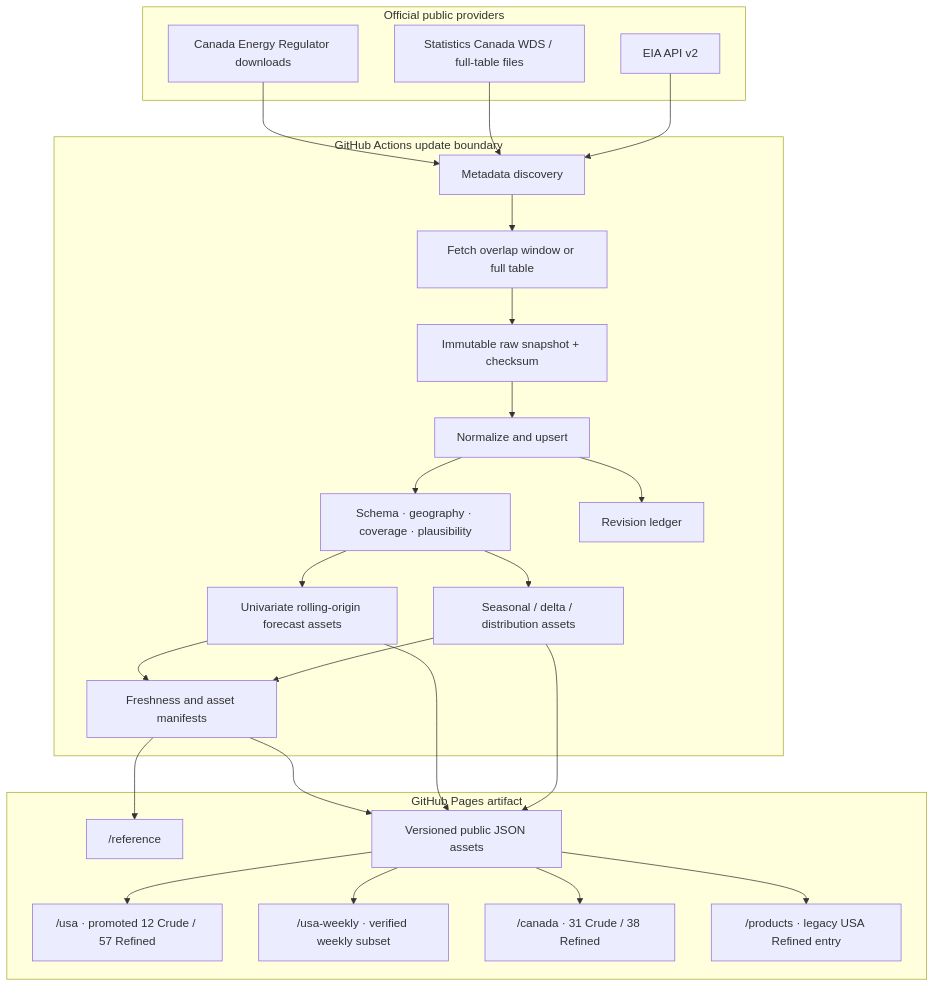
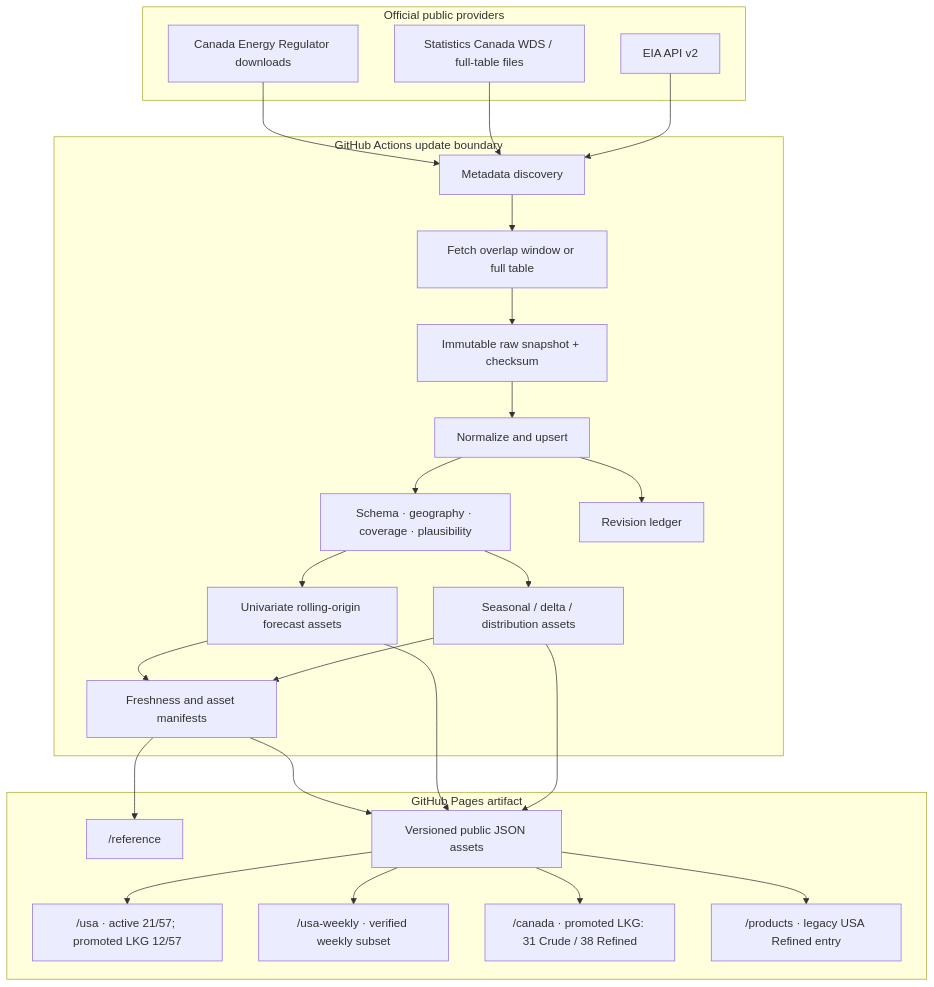
One commit to Aftikharmnz/USA_Canada_public_data_oil_and_gas_01 changed the diagram in docs/architecture.md. Above: the diagram before and after it, drawn with Mermaid. The commit also changed other lines of this file and 79 other files, not shown here.

````diff
--- a/docs/architecture.md
+++ b/docs/architecture.md
@@ -15,44 +23,44 @@
 ```mermaid
 flowchart TB
     subgraph Upstream["Official public providers"]
       EIA["EIA API v2"]
       STC["Statistics Canada WDS / full-table files"]
       CER["Canada Energy Regulator downloads"]
     end
 
     subgraph Update["GitHub Actions update boundary"]
       Discover["Metadata discovery"]
       Fetch["Fetch overlap window or full table"]
       Raw["Immutable raw snapshot + checksum"]
       Canon["Normalize and upsert"]
       Validate["Schema · geography · coverage · plausibility"]
       Rev["Revision ledger"]
       Derive["Seasonal / delta / distribution assets"]
       Forecast["Univariate rolling-origin forecast assets"]
       Manifest["Freshness and asset manifests"]
     end
 
     subgraph Static["GitHub Pages artifact"]
-      USA["/usa · promoted 12 Crude / 57 Refined"]
+      USA["/usa · active 21/57; promoted LKG 12/57"]
       USAWeekly["/usa-weekly · verified weekly subset"]
-      CAN["/canada · 31 Crude / 38 Refined"]
+      CAN["/canada · promoted LKG: 31 Crude / 38 Refined"]
       Reference["/reference"]
       Legacy["/products · legacy USA Refined entry"]
       Data["Versioned public JSON assets"]
     end
 
     EIA --> Discover
     STC --> Discover
     CER --> Discover
     Discover --> Fetch --> Raw --> Canon --> Validate
     Canon --> Rev
     Validate --> Derive --> Data
     Validate --> Forecast --> Data
     Derive --> Manifest --> Data
     Forecast --> Manifest
     Data --> USA
     Data --> USAWeekly
     Data --> CAN
     Manifest --> Reference
     Data --> Legacy
 ```
````
